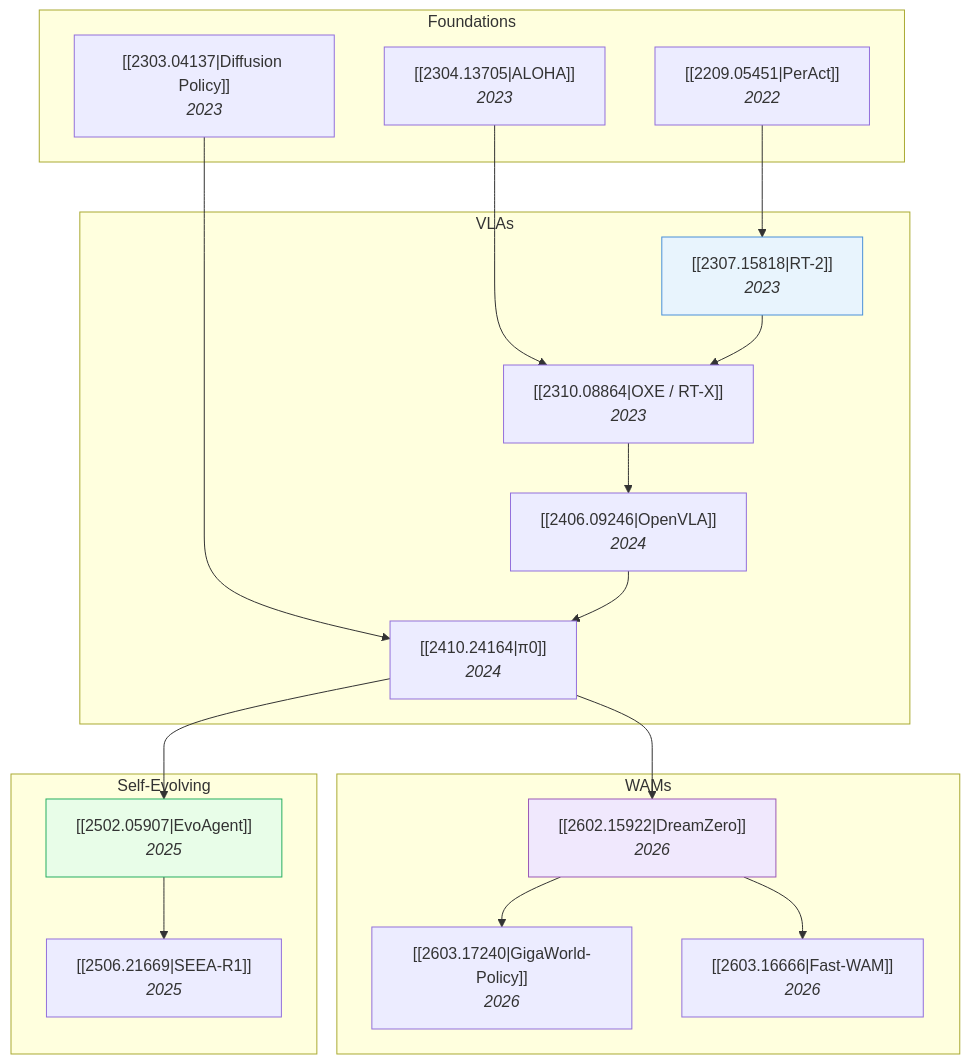
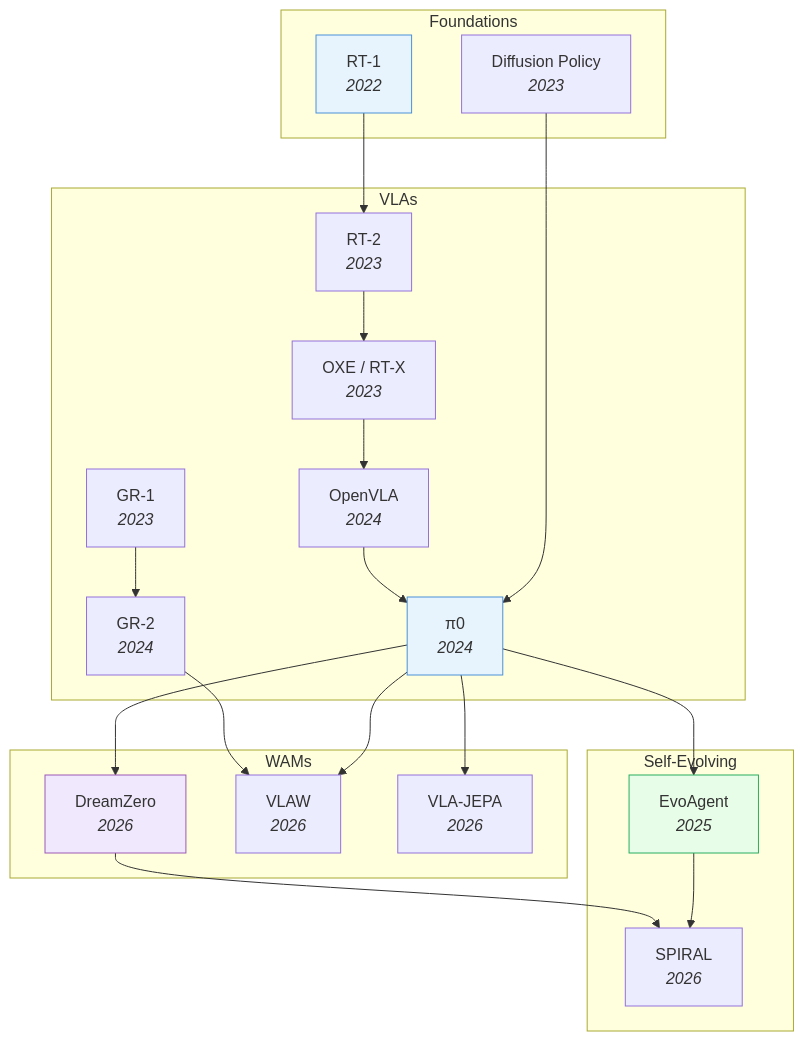
The diagram in General/07_Robotics-and-Embodied-AI.md (ChuaHanChong/ResearchBrain), drawn with Mermaid before and after one commit. The commit also changed other lines of this file and 53 other files, not shown here.

````diff
--- a/General/07_Robotics-and-Embodied-AI.md
+++ b/General/07_Robotics-and-Embodied-AI.md
@@ -22,41 +22,42 @@
 ```mermaid
 graph TD
     subgraph "Foundations"
-        A["[[2209.05451|PerAct]]<br/><i>2022</i>"]
-        B["[[2303.04137|Diffusion Policy]]<br/><i>2023</i>"]
-        C["[[2304.13705|ALOHA]]<br/><i>2023</i>"]
+        A0["RT-1<br/><i>2022</i>"]
+        B["Diffusion Policy<br/><i>2023</i>"]
     end
 
     subgraph "VLAs"
-        D["[[2307.15818|RT-2]]<br/><i>2023</i>"]
-        E["[[2310.08864|OXE / RT-X]]<br/><i>2023</i>"]
-        F["[[2406.09246|OpenVLA]]<br/><i>2024</i>"]
-        G["[[2410.24164|π0]]<br/><i>2024</i>"]
+        D["RT-2<br/><i>2023</i>"]
+        E["OXE / RT-X<br/><i>2023</i>"]
+        F["OpenVLA<br/><i>2024</i>"]
+        G["π0<br/><i>2024</i>"]
+        D1["GR-1<br/><i>2023</i>"]
+        D2["GR-2<br/><i>2024</i>"]
     end
 
     subgraph "WAMs"
-        H["[[2602.15922|DreamZero]]<br/><i>2026</i>"]
-        I["[[2603.17240|GigaWorld-Policy]]<br/><i>2026</i>"]
-        J["[[2603.16666|Fast-WAM]]<br/><i>2026</i>"]
+        H["DreamZero<br/><i>2026</i>"]
+        H1["VLAW<br/><i>2026</i>"]
+        H2["VLA-JEPA<br/><i>2026</i>"]
     end
 
     subgraph "Self-Evolving"
-        K["[[2502.05907|EvoAgent]]<br/><i>2025</i>"]
-        L["[[2506.21669|SEEA-R1]]<br/><i>2025</i>"]
+        K["EvoAgent<br/><i>2025</i>"]
+        L["SPIRAL<br/><i>2026</i>"]
     end
 
-    A --> D
+    A0 --> D --> E --> F --> G
     B --> G
-    C --> E
-    D --> E --> F
-    F --> G
+    D1 --> D2 --> H1
     G --> H
-    H --> I
-    H --> J
+    G --> H1
+    G --> H2
     G --> K
+    H --> L
     K --> L
 
-    style D fill:#e8f4fd,stroke:#4a90d9
+    style A0 fill:#e8f4fd,stroke:#4a90d9
+    style G fill:#e8f4fd,stroke:#4a90d9
     style H fill:#f0e8fd,stroke:#9b59b6
     style K fill:#e8fde8,stroke:#27ae60
 ```
````
